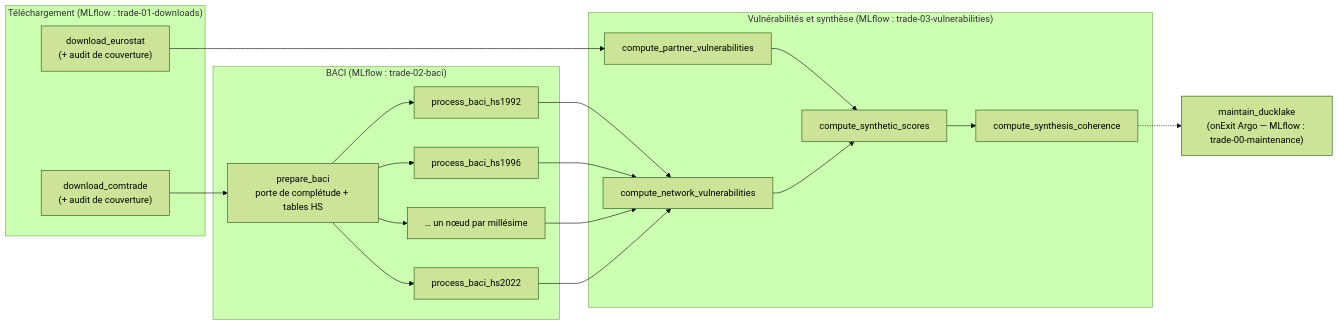
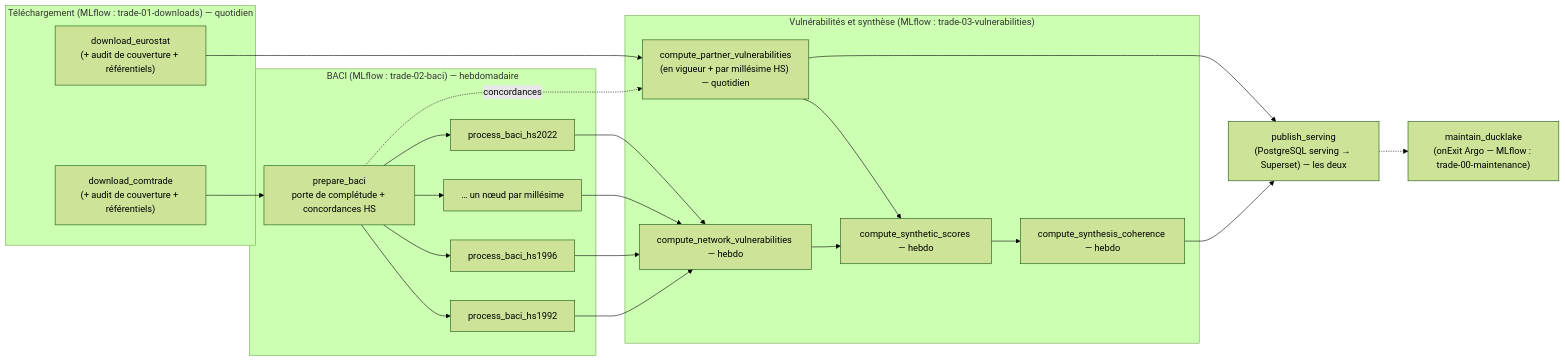
One commit to qbolliet/trade-analysis changed the diagram in PIPELINE_ARCHITECTURE.md. Above: the diagram before and after it, drawn with Mermaid (forest theme). The commit also changed other lines of this file and 1 other file, not shown here.

Commit message:
docs: update architecture + prompts

````diff
--- a/PIPELINE_ARCHITECTURE.md
+++ b/PIPELINE_ARCHITECTURE.md
@@ -130,28 +166,32 @@
 ```mermaid
 flowchart LR
-  subgraph T1["Téléchargement (MLflow : trade-01-downloads)"]
-    DE["download_eurostat<br/>(+ audit de couverture)"]
-    DC["download_comtrade<br/>(+ audit de couverture)"]
+  subgraph T1["Téléchargement (MLflow : trade-01-downloads) — quotidien"]
+    DE["download_eurostat<br/>(+ audit de couverture + référentiels)"]
+    DC["download_comtrade<br/>(+ audit de couverture + référentiels)"]
   end
-  subgraph T2["BACI (MLflow : trade-02-baci)"]
-    BS["prepare_baci<br/>porte de complétude + tables HS"]
+  subgraph T2["BACI (MLflow : trade-02-baci) — hebdomadaire"]
+    BS["prepare_baci<br/>porte de complétude + concordances HS"]
     B92["process_baci_hs1992"]
     B96["process_baci_hs1996"]
     Bxx["… un nœud par millésime"]
     B22["process_baci_hs2022"]
   end
   subgraph T3["Vulnérabilités et synthèse (MLflow : trade-03-vulnerabilities)"]
-    P["compute_partner_vulnerabilities"]
-    N["compute_network_vulnerabilities"]
-    S["compute_synthetic_scores"]
-    C["compute_synthesis_coherence"]
+    P["compute_partner_vulnerabilities<br/>(en vigueur + par millésime HS) — quotidien"]
+    N["compute_network_vulnerabilities — hebdo"]
+    S["compute_synthetic_scores — hebdo"]
+    C["compute_synthesis_coherence — hebdo"]
   end
+  PUB["publish_serving<br/>(PostgreSQL serving → Superset) — les deux"]
   M["maintain_ducklake<br/>(onExit Argo — MLflow : trade-00-maintenance)"]
 
   DC --> BS --> B92 & B96 & Bxx & B22 --> N
+  BS -. concordances .-> P
   DE --> P
   P --> S
   N --> S
   S --> C
-  C -.-> M
+  P --> PUB
+  C --> PUB
+  PUB -.-> M
 ```
````
